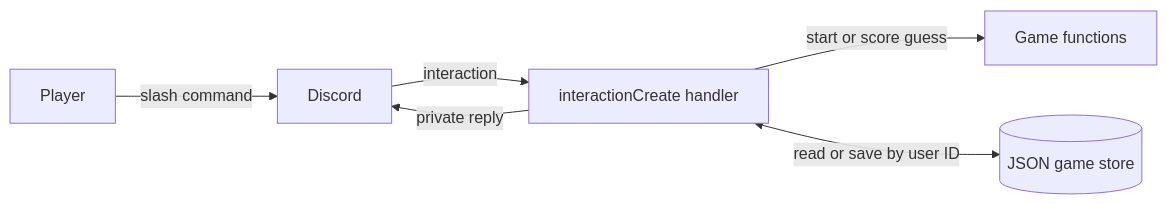
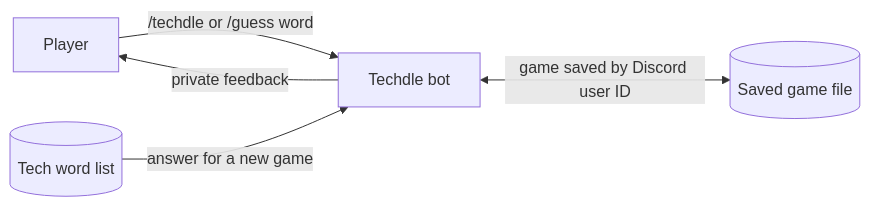
One commit to AbhiTarigoppula/TechdleBot changed the diagram in ARCHITECTURE.md. Above: the diagram before and after it, drawn with Mermaid. The commit also changed other lines of this file, not shown here.

First line of the commit message:
Revise architecture documentation for clarity

````diff
--- a/ARCHITECTURE.md
+++ b/ARCHITECTURE.md
@@ -9,8 +7,7 @@
 ```mermaid
 flowchart LR
-    Player[Player] -->|slash command| Discord[Discord]
-    Discord -->|interaction| Handler[interactionCreate handler]
-    Handler -->|start or score guess| Game[Game functions]
-    Handler <-->|read or save by user ID| Store[(JSON game store)]
-    Handler -->|private reply| Discord
+    Player[Player] -->|/techdle or /guess word| Bot[Techdle bot]
+    Words[(Tech word list)] -->|answer for a new game| Bot
+    Bot <-->|game saved by Discord user ID| Store[(Saved game file)]
+    Bot -->|private feedback| Player
 ```
````
